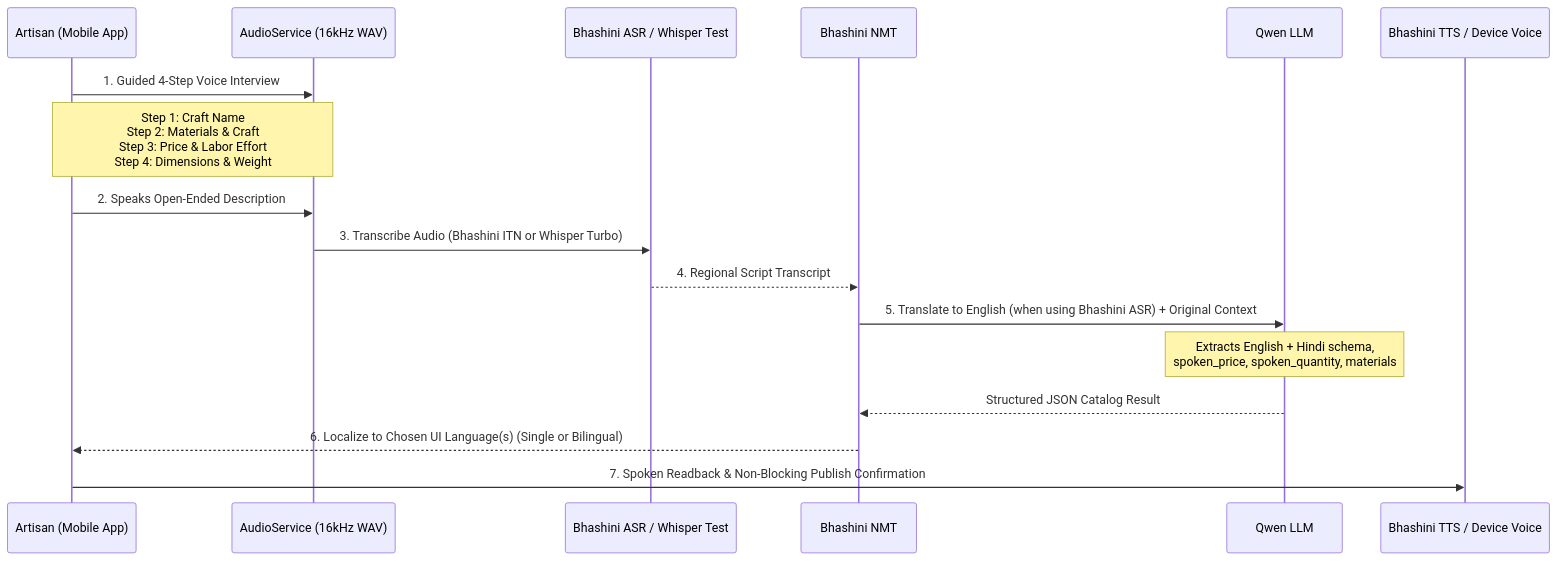
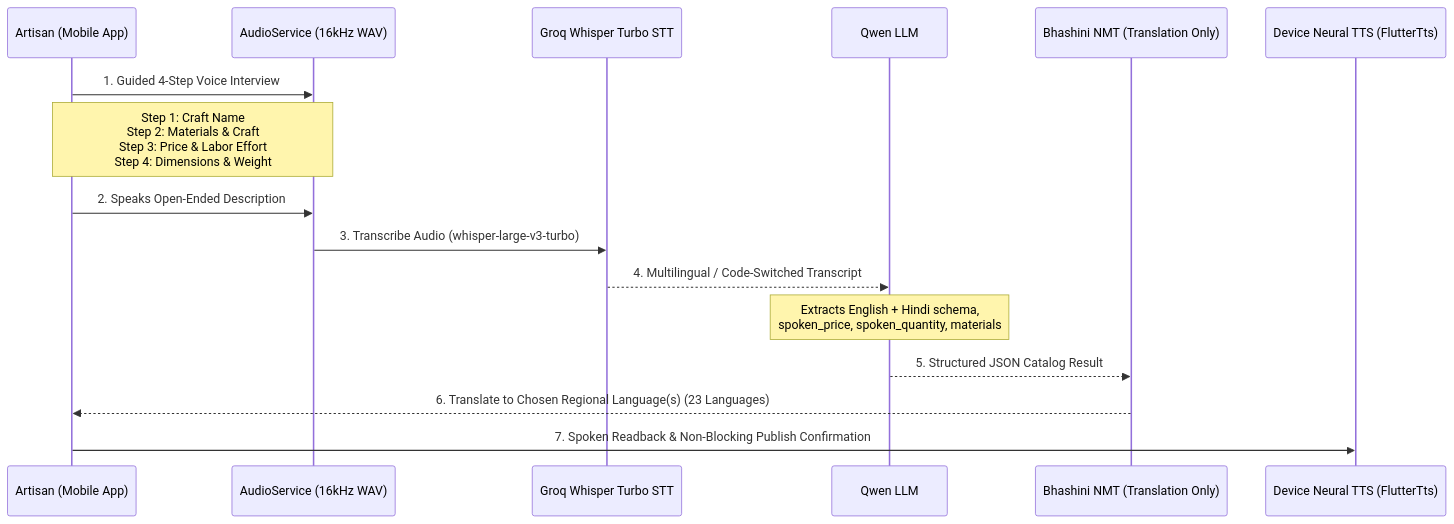
One commit to NotTheAmmar/project-zerotype changed the diagram in artifacts/voice-pipeline-architecture.md. Above: the diagram before and after it, drawn with Mermaid. The commit also changed other lines of this file and 12 other files, not shown here.

First line of the commit message:
feat(voice): finalize Whisper STT + Bhashini NMT + device TTS pipeline and fix catalog edit sync

````diff
--- a/artifacts/voice-pipeline-architecture.md
+++ b/artifacts/voice-pipeline-architecture.md
@@ -9,23 +9,22 @@
 ```mermaid
 sequenceDiagram
     participant Artisan as Artisan (Mobile App)
     participant Audio as AudioService (16kHz WAV)
-    participant STT as Bhashini ASR / Whisper Test
-    participant NMT as Bhashini NMT
+    participant Whisper as Groq Whisper Turbo STT
     participant Qwen as Qwen LLM
-    participant TTS as Bhashini TTS / Device Voice
+    participant NMT as Bhashini NMT (Translation Only)
+    participant TTS as Device Neural TTS (FlutterTts)
 
     Artisan->>Audio: 1. Guided 4-Step Voice Interview
     Note over Artisan,Audio: Step 1: Craft Name<br/>Step 2: Materials & Craft<br/>Step 3: Price & Labor Effort<br/>Step 4: Dimensions & Weight
 
     Artisan->>Audio: 2. Speaks Open-Ended Description
-    Audio->>STT: 3. Transcribe Audio (Bhashini ITN or Whisper Turbo)
-    STT-->>NMT: 4. Regional Script Transcript
+    Audio->>Whisper: 3. Transcribe Audio (whisper-large-v3-turbo)
+    Whisper-->>Qwen: 4. Multilingual / Code-Switched Transcript
 
-    NMT->>Qwen: 5. Translate to English (when using Bhashini ASR) + Original Context
     Note over Qwen: Extracts English + Hindi schema,<br/>spoken_price, spoken_quantity, materials
-    Qwen-->>NMT: Structured JSON Catalog Result
+    Qwen-->>NMT: 5. Structured JSON Catalog Result
 
-    NMT-->>Artisan: 6. Localize to Chosen UI Language(s) (Single or Bilingual)
+    NMT-->>Artisan: 6. Translate to Chosen Regional Language(s) (23 Languages)
     Artisan->>TTS: 7. Spoken Readback & Non-Blocking Publish Confirmation
 ```
````
